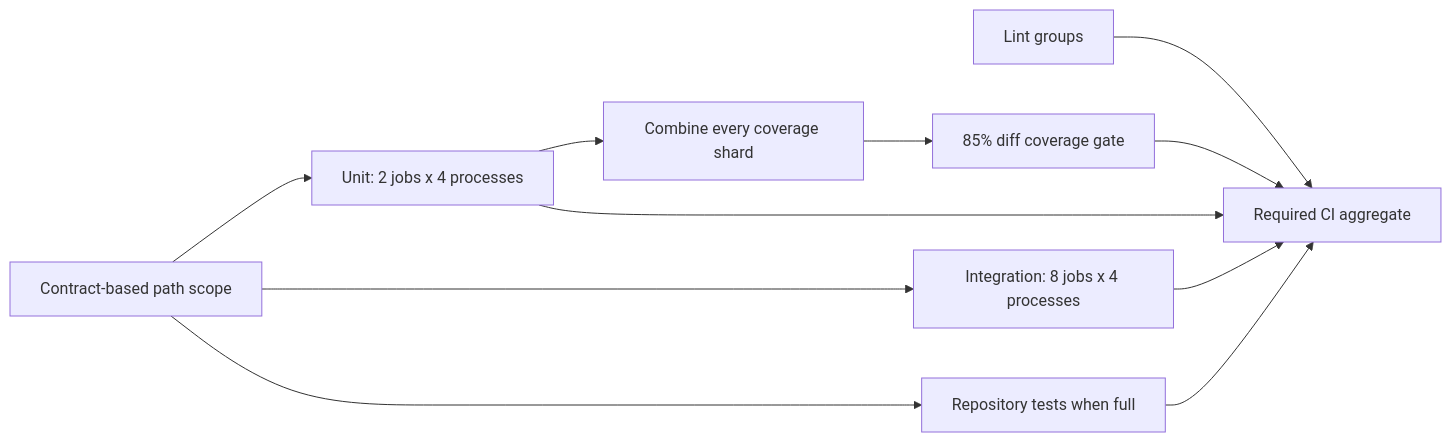
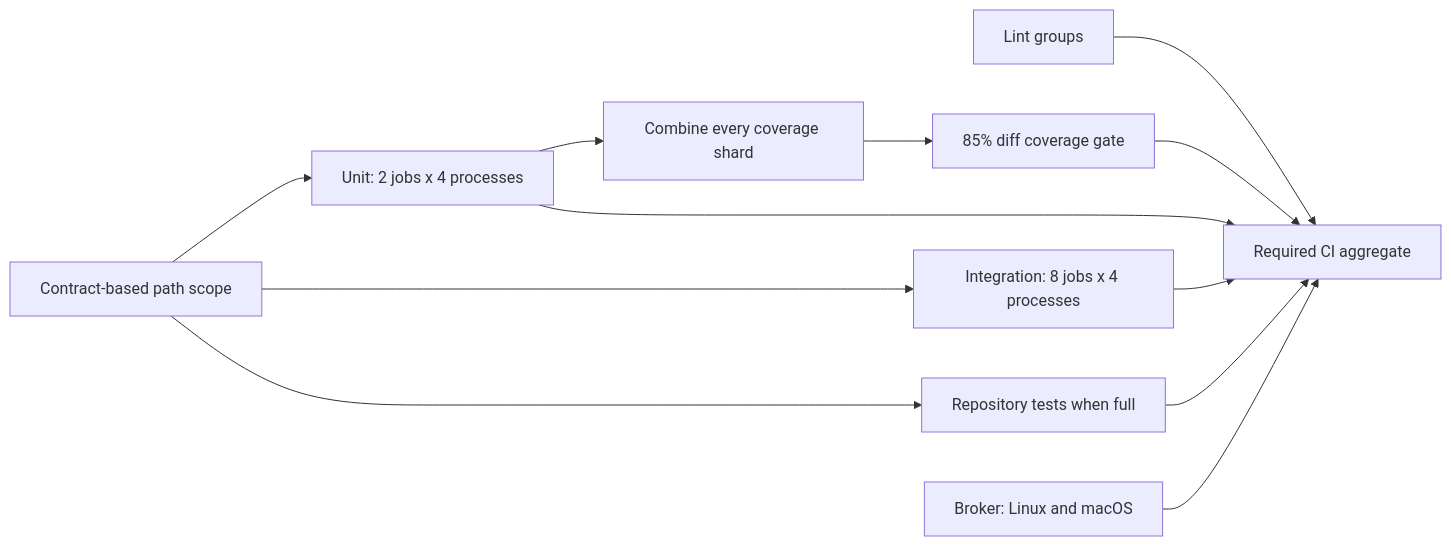
Before and after one commit to ophis/agent-pm: the diagram in docs/tests.md, drawn with Mermaid. The commit also changed other lines of this file and 44 other files, not shown here.

````diff
--- a/docs/tests.md
+++ b/docs/tests.md
@@ -85,13 +87,14 @@
 ```mermaid
 flowchart LR
     S[Contract-based path scope] --> U
     S --> I
     S --> R[Repository tests when full]
     L[Lint groups] --> CI[Required CI aggregate]
     U[Unit: 2 jobs x 4 processes] --> C[Combine every coverage shard]
     C --> G[85% diff coverage gate]
     G --> CI
     U --> CI
     I[Integration: 8 jobs x 4 processes] --> CI
     R --> CI
+    B[Broker: Linux and macOS] --> CI
 ```
````
